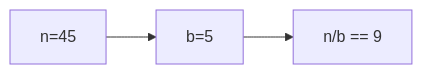
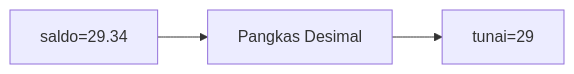
The ninth of 25 diagrams in part-c-pemahaman-cpp/01-tipe-data/latihan/set-10.md (amnahwaida/OSNK_INF_PREP), drawn with Mermaid before and after one commit. The commit also changed other lines of this file and 71 other files, not shown here.

````diff
--- a/part-c-pemahaman-cpp/01-tipe-data/latihan/set-10.md
+++ b/part-c-pemahaman-cpp/01-tipe-data/latihan/set-10.md
@@ -296,5 +249,5 @@
 ```mermaid
 graph LR
-A["n=45"] --> B["b=5"]
-B --> C["n/b == 9"]
+A["saldo=29.34"] --> B["Pangkas Desimal"]
+B --> C["tunai=29"]
 ```
````
